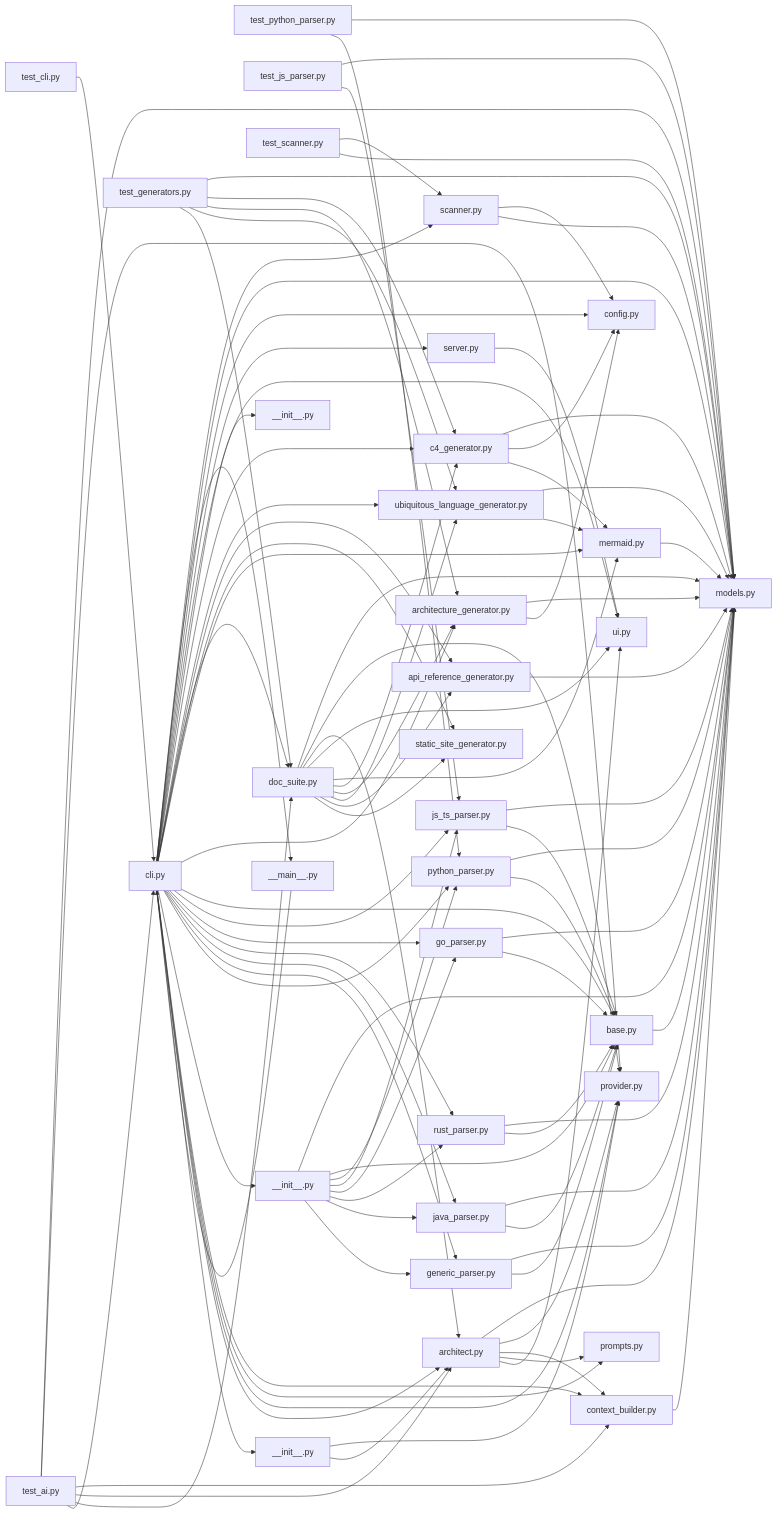
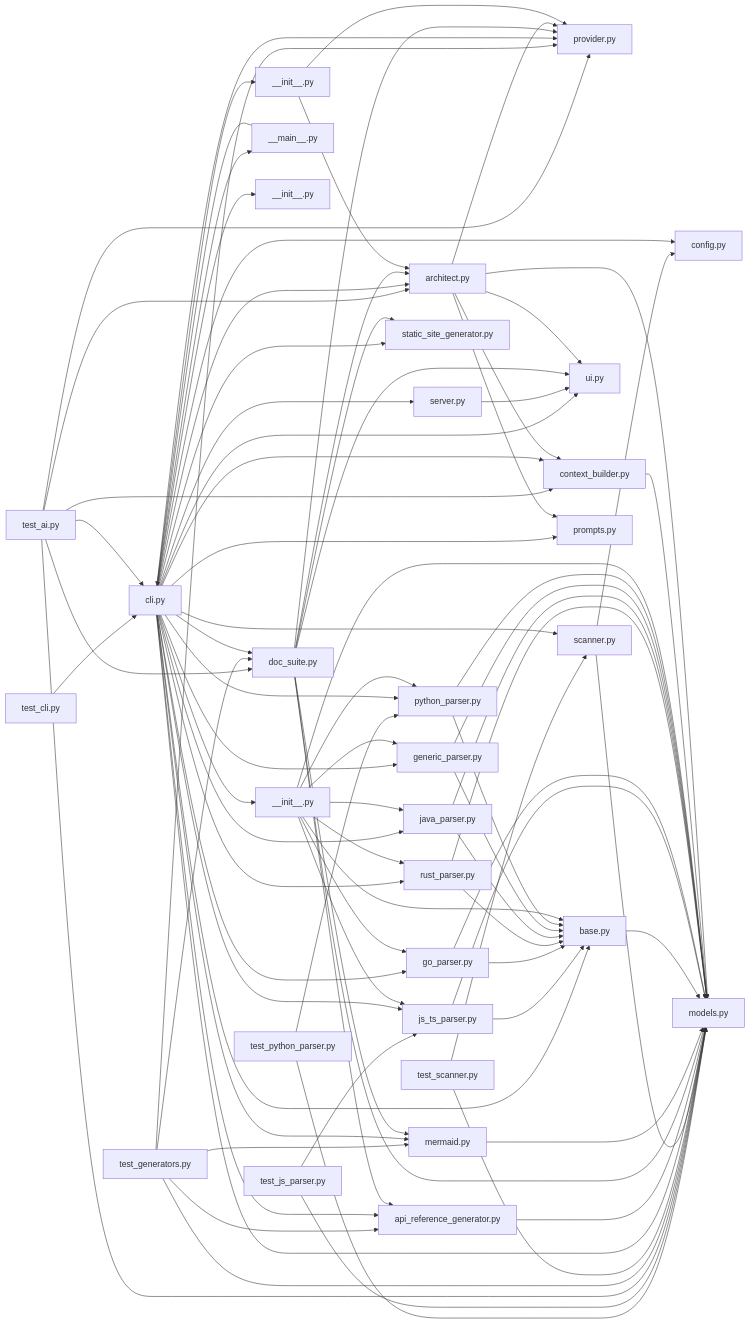
The diagram in docs/DEPENDENCIES.md (marcoswferreira/doc-gen), drawn with Mermaid before and after one commit. The commit also changed 16 other files, not shown here.

First line of the commit message:
Refactor unit tests for documentation generators

```diff
--- a/docs/DEPENDENCIES.md
+++ b/docs/DEPENDENCIES.md
@@ -15,10 +15,10 @@
     tests_test_ai_py["test_ai.py"] --> docgen_generators_doc_suite_py["doc_suite.py"]
     tests_test_ai_py["test_ai.py"] --> docgen_cli_py["cli.py"]
     tests_test_generators_py["test_generators.py"] --> docgen_models_py["models.py"]
-    tests_test_generators_py["test_generators.py"] --> docgen_generators_c4_generator_py["c4_generator.py"]
-    tests_test_generators_py["test_generators.py"] --> docgen_generators_architecture_generator_py["architecture_generator.py"]
-    tests_test_generators_py["test_generators.py"] --> docgen_generators_ubiquitous_language_generator_py["ubiquitous_language_generator.py"]
     tests_test_generators_py["test_generators.py"] --> docgen_generators_doc_suite_py["doc_suite.py"]
+    tests_test_generators_py["test_generators.py"] --> docgen_generators_api_reference_generator_py["api_reference_generator.py"]
+    tests_test_generators_py["test_generators.py"] --> docgen_generators_mermaid_py["mermaid.py"]
+    tests_test_generators_py["test_generators.py"] --> docgen_ai_provider_py["provider.py"]
     tests_test_scanner_py["test_scanner.py"] --> docgen_scanner_py["scanner.py"]
     tests_test_scanner_py["test_scanner.py"] --> docgen_models_py["models.py"]
     docgen_scanner_py["scanner.py"] --> docgen_config_py["config.py"]
@@ -31,13 +31,10 @@
     docgen_cli_py["cli.py"] --> docgen_server_py["server.py"]
     docgen_cli_py["cli.py"] --> docgen_ui_py["ui.py"]
     docgen_cli_py["cli.py"] --> docgen___init___py["__init__.py"]
-    docgen_cli_py["cli.py"] --> docgen_generators_c4_generator_py["c4_generator.py"]
-    docgen_cli_py["cli.py"] --> docgen_generators_ubiquitous_language_generator_py["ubiquitous_language_generator.py"]
     docgen_cli_py["cli.py"] --> docgen_generators_api_reference_generator_py["api_reference_generator.py"]
     docgen_cli_py["cli.py"] --> docgen_generators_doc_suite_py["doc_suite.py"]
     docgen_cli_py["cli.py"] --> docgen_generators_static_site_generator_py["static_site_generator.py"]
     docgen_cli_py["cli.py"] --> docgen_generators_mermaid_py["mermaid.py"]
-    docgen_cli_py["cli.py"] --> docgen_generators_architecture_generator_py["architecture_generator.py"]
     docgen_cli_py["cli.py"] --> docgen_parsers_base_py["base.py"]
     docgen_cli_py["cli.py"] --> docgen_parsers_js_ts_parser_py["js_ts_parser.py"]
     docgen_cli_py["cli.py"] --> docgen_parsers_go_parser_py["go_parser.py"]
@@ -52,25 +49,15 @@
     docgen_cli_py["cli.py"] --> docgen_ai_architect_py["architect.py"]
     docgen_cli_py["cli.py"] --> docgen_ai___init___py["__init__.py"]
     docgen_server_py["server.py"] --> docgen_ui_py["ui.py"]
-    docgen_generators_c4_generator_py["c4_generator.py"] --> docgen_models_py["models.py"]
-    docgen_generators_c4_generator_py["c4_generator.py"] --> docgen_config_py["config.py"]
-    docgen_generators_c4_generator_py["c4_generator.py"] --> docgen_generators_mermaid_py["mermaid.py"]
-    docgen_generators_ubiquitous_language_generator_py["ubiquitous_language_generator.py"] --> docgen_models_py["models.py"]
-    docgen_generators_ubiquitous_language_generator_py["ubiquitous_language_generator.py"] --> docgen_generators_mermaid_py["mermaid.py"]
     docgen_generators_api_reference_generator_py["api_reference_generator.py"] --> docgen_models_py["models.py"]
     docgen_generators_doc_suite_py["doc_suite.py"] --> docgen_models_py["models.py"]
     docgen_generators_doc_suite_py["doc_suite.py"] --> docgen_ai_provider_py["provider.py"]
     docgen_generators_doc_suite_py["doc_suite.py"] --> docgen_ai_architect_py["architect.py"]
     docgen_generators_doc_suite_py["doc_suite.py"] --> docgen_ui_py["ui.py"]
     docgen_generators_doc_suite_py["doc_suite.py"] --> docgen_generators_mermaid_py["mermaid.py"]
-    docgen_generators_doc_suite_py["doc_suite.py"] --> docgen_generators_c4_generator_py["c4_generator.py"]
-    docgen_generators_doc_suite_py["doc_suite.py"] --> docgen_generators_architecture_generator_py["architecture_generator.py"]
-    docgen_generators_doc_suite_py["doc_suite.py"] --> docgen_generators_ubiquitous_language_generator_py["ubiquitous_language_generator.py"]
     docgen_generators_doc_suite_py["doc_suite.py"] --> docgen_generators_api_reference_generator_py["api_reference_generator.py"]
     docgen_generators_doc_suite_py["doc_suite.py"] --> docgen_generators_static_site_generator_py["static_site_generator.py"]
     docgen_generators_mermaid_py["mermaid.py"] --> docgen_models_py["models.py"]
-    docgen_generators_architecture_generator_py["architecture_generator.py"] --> docgen_models_py["models.py"]
-    docgen_generators_architecture_generator_py["architecture_generator.py"] --> docgen_config_py["config.py"]
     docgen_parsers_base_py["base.py"] --> docgen_models_py["models.py"]
     docgen_parsers_js_ts_parser_py["js_ts_parser.py"] --> docgen_models_py["models.py"]
     docgen_parsers_js_ts_parser_py["js_ts_parser.py"] --> docgen_parsers_base_py["base.py"]
```
